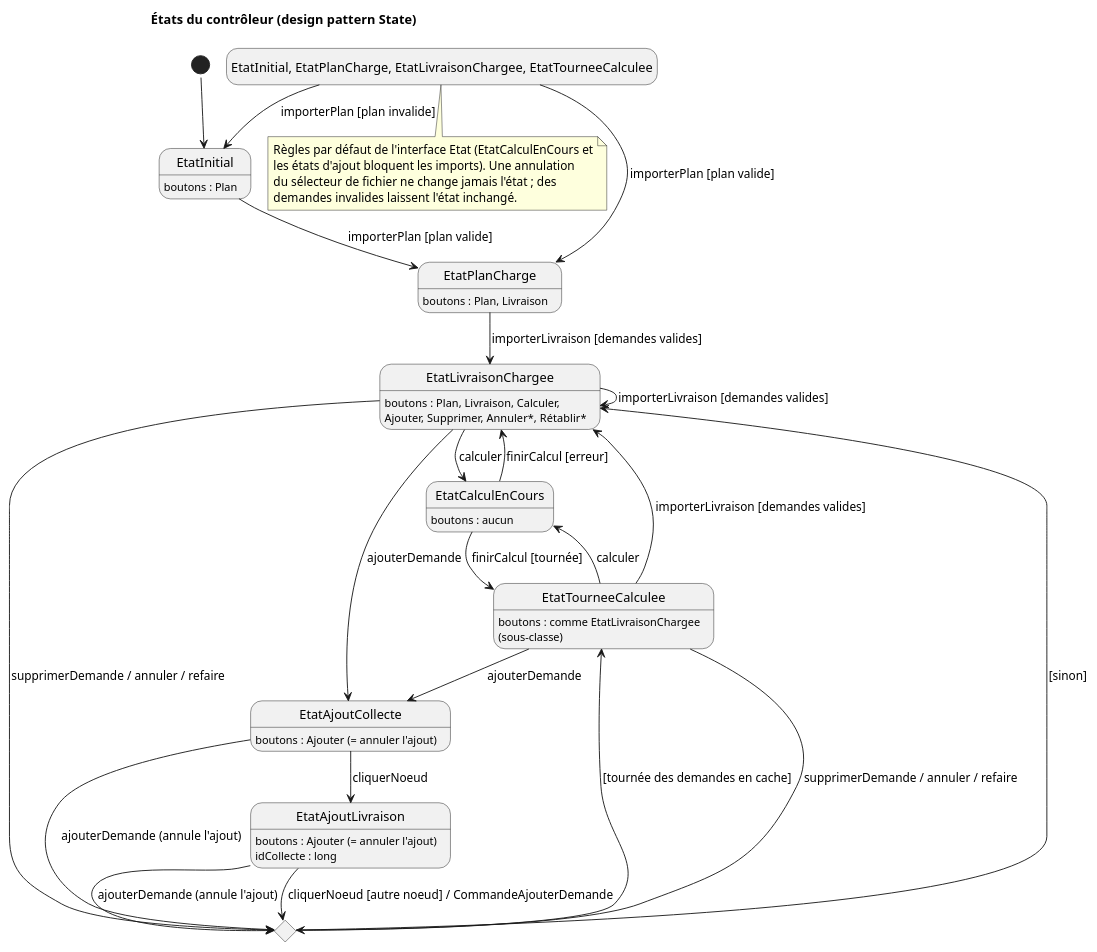
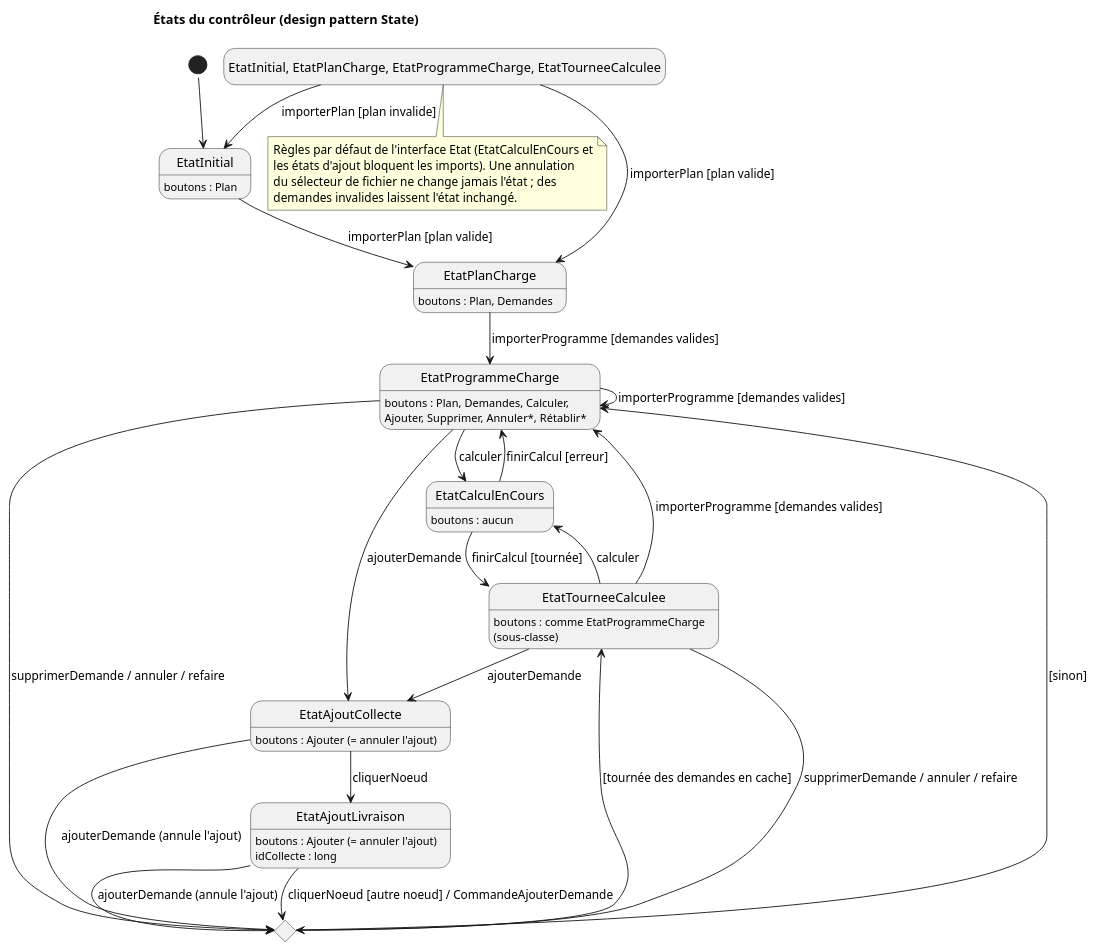
Before and after one commit to tristanhp/Optimod-Lyon: the diagram in docs/diagrams/etats-controleur.puml, drawn with PlantUML. The commit also changed 65 other files, not shown here.

```diff
--- a/docs/diagrams/etats-controleur.puml
+++ b/docs/diagrams/etats-controleur.puml
@@ -1,49 +1,49 @@
 @startuml etats-controleur
 !pragma layout smetana
 title États du contrôleur (design pattern State)
 hide empty description
 [*] --> EtatInitial
 EtatInitial : boutons : Plan
-EtatPlanCharge : boutons : Plan, Livraison
-EtatLivraisonChargee : boutons : Plan, Livraison, Calculer,
-EtatLivraisonChargee : Ajouter, Supprimer, Annuler*, Rétablir*
+EtatPlanCharge : boutons : Plan, Demandes
+EtatProgrammeCharge : boutons : Plan, Demandes, Calculer,
+EtatProgrammeCharge : Ajouter, Supprimer, Annuler*, Rétablir*
 EtatCalculEnCours : boutons : aucun
-EtatTourneeCalculee : boutons : comme EtatLivraisonChargee
+EtatTourneeCalculee : boutons : comme EtatProgrammeCharge
 EtatTourneeCalculee : (sous-classe)
 EtatAjoutCollecte : boutons : Ajouter (= annuler l'ajout)
 EtatAjoutLivraison : boutons : Ajouter (= annuler l'ajout)
 EtatAjoutLivraison : idCollecte : long
 
 EtatInitial --> EtatPlanCharge : importerPlan [plan valide]
-EtatPlanCharge --> EtatLivraisonChargee : importerLivraison [demandes valides]
-EtatLivraisonChargee --> EtatCalculEnCours : calculer
+EtatPlanCharge --> EtatProgrammeCharge : importerProgramme [demandes valides]
+EtatProgrammeCharge --> EtatCalculEnCours : calculer
 EtatCalculEnCours --> EtatTourneeCalculee : finirCalcul [tournée]
-EtatCalculEnCours --> EtatLivraisonChargee : finirCalcul [erreur]
+EtatCalculEnCours --> EtatProgrammeCharge : finirCalcul [erreur]
 EtatTourneeCalculee --> EtatCalculEnCours : calculer
-EtatLivraisonChargee --> EtatLivraisonChargee : importerLivraison [demandes valides]
-EtatTourneeCalculee --> EtatLivraisonChargee : importerLivraison [demandes valides]
+EtatProgrammeCharge --> EtatProgrammeCharge : importerProgramme [demandes valides]
+EtatTourneeCalculee --> EtatProgrammeCharge : importerProgramme [demandes valides]
 
 state "Choix de l'état selon le cache" as cache <<choice>>
-EtatLivraisonChargee --> cache : supprimerDemande / annuler / refaire
+EtatProgrammeCharge --> cache : supprimerDemande / annuler / refaire
 EtatTourneeCalculee --> cache : supprimerDemande / annuler / refaire
 cache --> EtatTourneeCalculee : [tournée des demandes en cache]
-cache --> EtatLivraisonChargee : [sinon]
+cache --> EtatProgrammeCharge : [sinon]
 
-EtatLivraisonChargee --> EtatAjoutCollecte : ajouterDemande
+EtatProgrammeCharge --> EtatAjoutCollecte : ajouterDemande
 EtatTourneeCalculee --> EtatAjoutCollecte : ajouterDemande
 EtatAjoutCollecte --> EtatAjoutLivraison : cliquerNoeud
 EtatAjoutLivraison --> cache : cliquerNoeud [autre noeud] / CommandeAjouterDemande
 EtatAjoutCollecte --> cache : ajouterDemande (annule l'ajout)
 EtatAjoutLivraison --> cache : ajouterDemande (annule l'ajout)
 
-state "EtatInitial, EtatPlanCharge, EtatLivraisonChargee, EtatTourneeCalculee" as tous
+state "EtatInitial, EtatPlanCharge, EtatProgrammeCharge, EtatTourneeCalculee" as tous
 tous --> EtatPlanCharge : importerPlan [plan valide]
 tous --> EtatInitial : importerPlan [plan invalide]
 
 note bottom of tous
 Règles par défaut de l'interface Etat (EtatCalculEnCours et
 les états d'ajout bloquent les imports). Une annulation
 du sélecteur de fichier ne change jamais l'état ; des
 demandes invalides laissent l'état inchangé.
 end note
 @enduml
```
